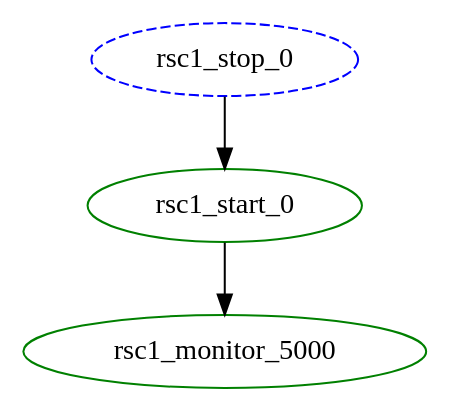
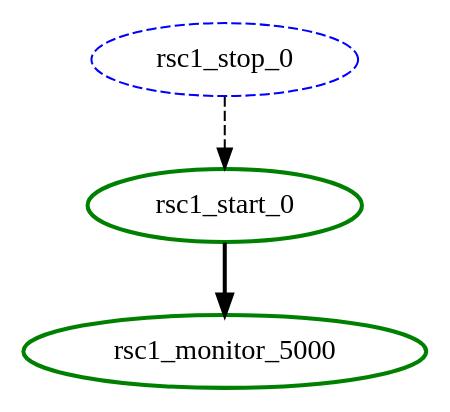
The diagram in crm/pengine/testcases/mon-rsc-3.dot (richiewen8/heartbeat), drawn with Graphviz before and after one commit. The commit also changed 101 other files, not shown here.

```diff
--- a/crm/pengine/testcases/mon-rsc-3.dot
+++ b/crm/pengine/testcases/mon-rsc-3.dot
@@ -1,8 +1,8 @@
 digraph "g" {
 	size = "30,30"
-"rsc1_start_0" [ tooltip="node1" color="green" fontcolor="black" ]
+"rsc1_start_0" [ tooltip="node1" style=bold color="green" fontcolor="black" ]
 "rsc1_stop_0" [ style="dashed" color="blue" fontcolor="black" ]
-"rsc1_monitor_5000" [ tooltip="node1" color="green" fontcolor="black" ]
-"rsc1_stop_0" -> "rsc1_start_0"
-"rsc1_start_0" -> "rsc1_monitor_5000"
+"rsc1_monitor_5000" [ tooltip="node1" style=bold color="green" fontcolor="black" ]
+"rsc1_stop_0" -> "rsc1_start_0" [ style = dashed]
+"rsc1_start_0" -> "rsc1_monitor_5000" [ style = bold]
 }
```
